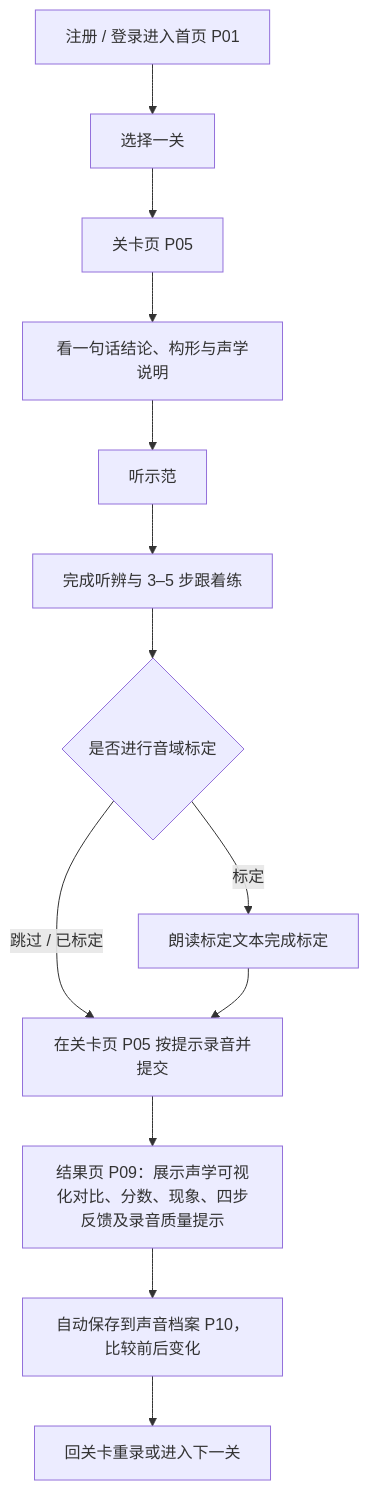
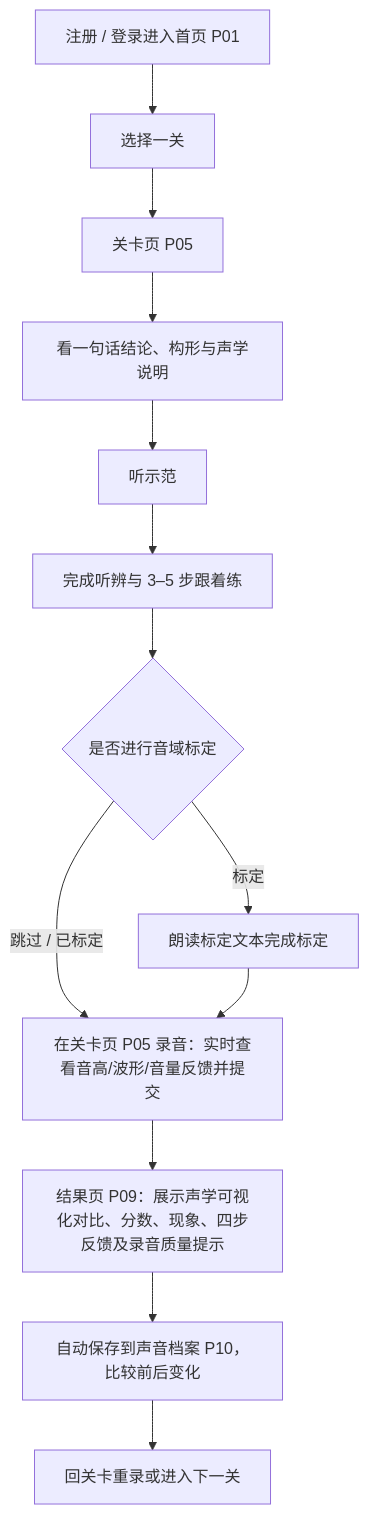
One commit to teke123/sound-visualizer-learning- changed the diagram in docs/srs/README.md. Above: the diagram before and after it, drawn with Mermaid. The commit also changed other lines of this file and 16 other files, not shown here.

````diff
--- a/docs/srs/README.md
+++ b/docs/srs/README.md
@@ -48,15 +48,15 @@
 ```mermaid
 flowchart TD
     A[注册 / 登录进入首页 P01] --> B[选择一关]
     B --> C[关卡页 P05]
     C --> D[看一句话结论、构形与声学说明]
     D --> E[听示范]
     E --> F[完成听辨与 3–5 步跟着练]
     F --> G{是否进行音域标定}
     G -- 标定 --> H[朗读标定文本完成标定]
-    G -- 跳过 / 已标定 --> I[在关卡页 P05 按提示录音并提交]
+    G -- 跳过 / 已标定 --> I[在关卡页 P05 录音：实时查看音高/波形/音量反馈并提交]
     H --> I
     I --> L[结果页 P09：展示声学可视化对比、分数、现象、四步反馈及录音质量提示]
     L --> P[自动保存到声音档案 P10，比较前后变化]
     P --> M[回关卡重录或进入下一关]
 ```
````
